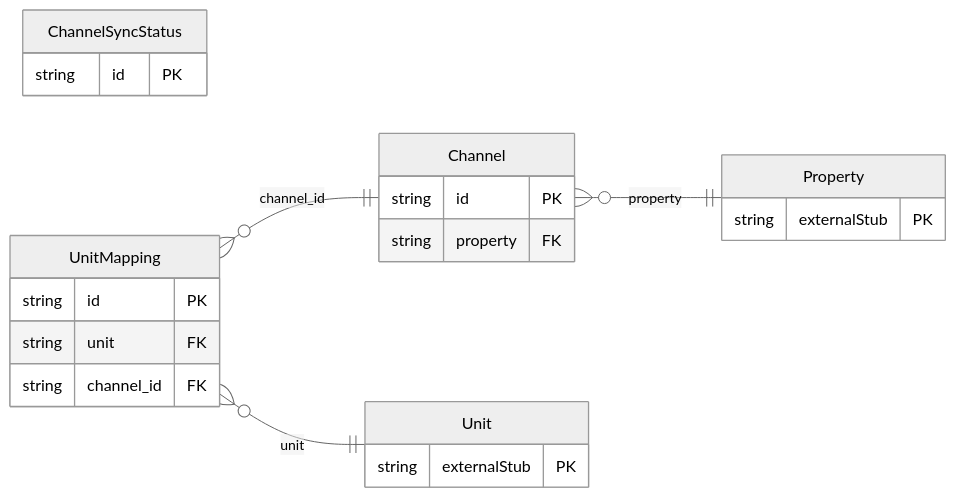
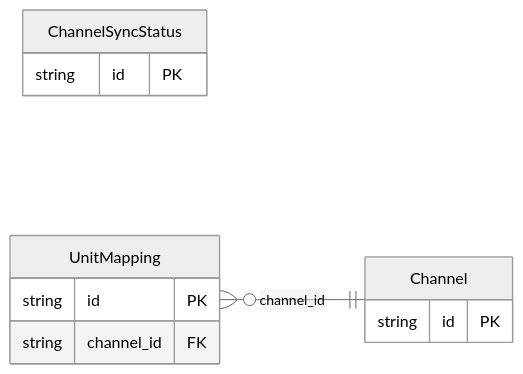
Before and after one commit to build-a-company/freebusy: the diagram in protobuf/generated/prisma/freebusy/channel/README.md, drawn with Mermaid (neutral theme). The commit also changed 141 other files, not shown here.

Commit message:
Remove deprecated property and unit management code, including related telemetry and protobuf definitions, to streamline the service architecture.

````diff
--- a/protobuf/generated/prisma/freebusy/channel/README.md
+++ b/protobuf/generated/prisma/freebusy/channel/README.md
@@ -13,25 +13,15 @@
 ```mermaid
 erDiagram
     direction LR
     Channel {
         string id PK
-        string property FK
     }
     ChannelSyncStatus {
         string id PK
     }
     UnitMapping {
         string id PK
-        string unit FK
         string channel_id FK
     }
-    Property {
-        string externalStub PK
-    }
-    Unit {
-        string externalStub PK
-    }
-    Channel }o--|| Property : "property"
-    UnitMapping }o--|| Unit : "unit"
     UnitMapping }o--|| Channel : "channel_id"
 ```
````
